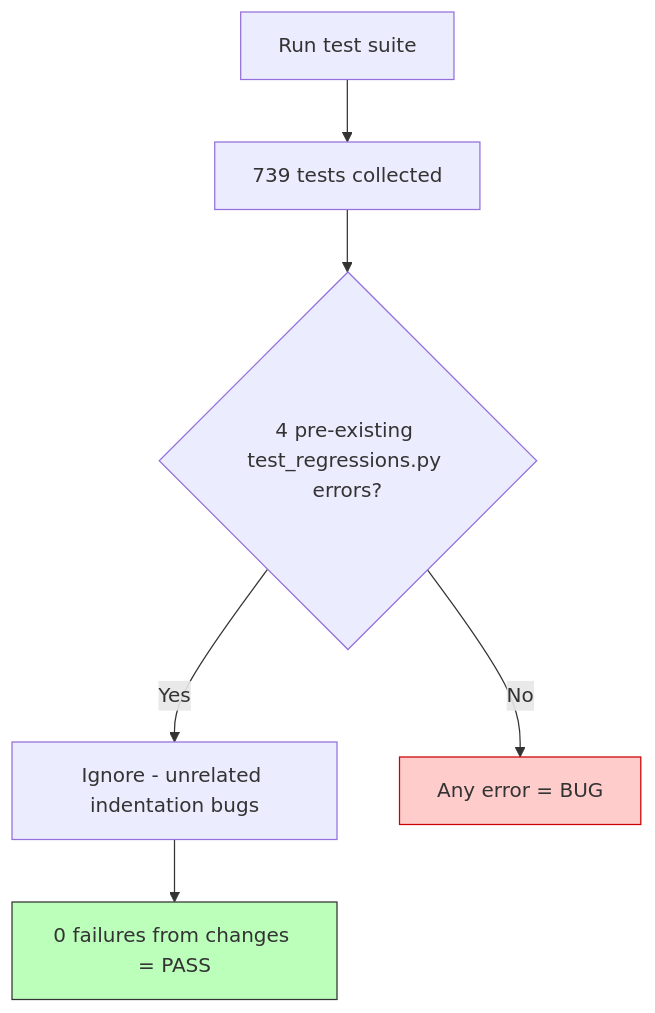
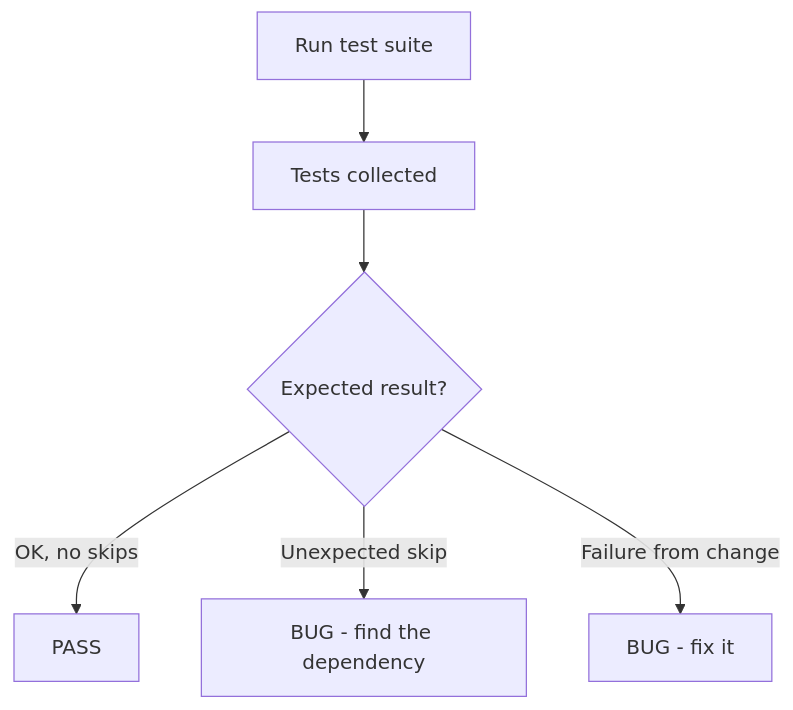
Before and after one commit to smd3235/steam-game-organizer: the second of 2 diagrams in AGENTS.md, drawn with Mermaid. The commit also changed other lines of this file and 1 other file, not shown here.

Commit message:
docs: reorganize AGENTS.md for better flow

````diff
--- a/AGENTS.md
+++ b/AGENTS.md
@@ -340,11 +177,8 @@
 ```mermaid
 flowchart TD
-    A[Run test suite] --> B[739 tests collected]
-    B --> C{4 pre-existing test_regressions.py errors?}
-    C -->|Yes| D[Ignore - unrelated indentation bugs]
-    D --> E[0 failures from changes = PASS]
-    C -->|No| F[Any error = BUG]
-    
-    style E fill:#bfb,stroke:#333
-    style F fill:#fcc,stroke:#c00
+    A[Run test suite] --> B[Tests collected]
+    B --> C{Expected result?}
+    C -->|OK, no skips| D[PASS]
+    C -->|Unexpected skip| E[BUG - find the dependency]
+    C -->|Failure from change| F[BUG - fix it]
 ```
````
